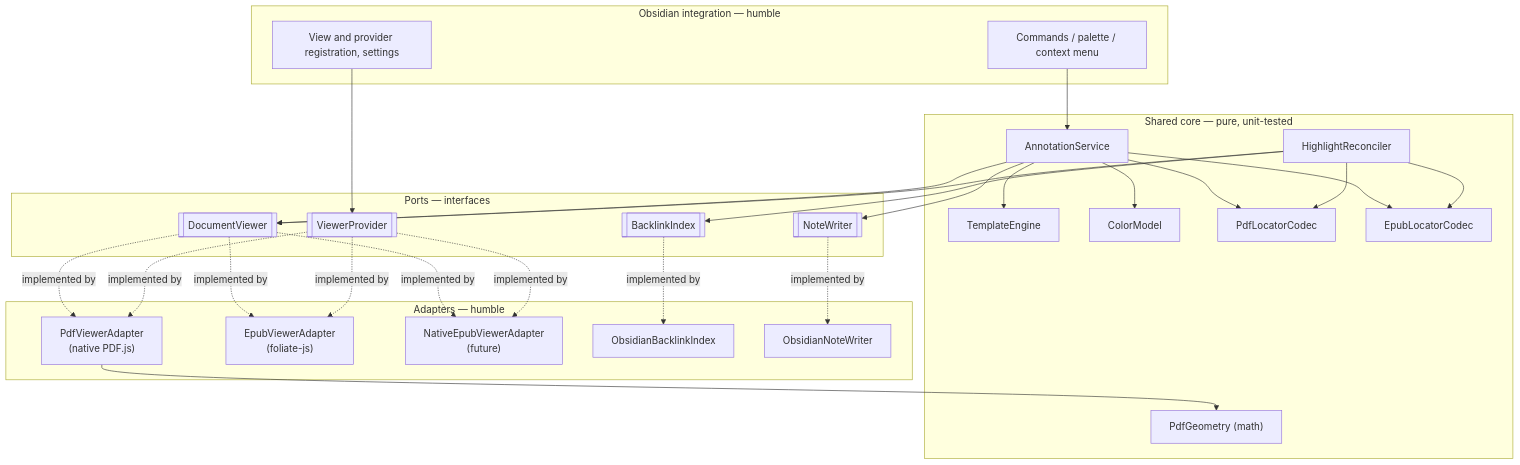
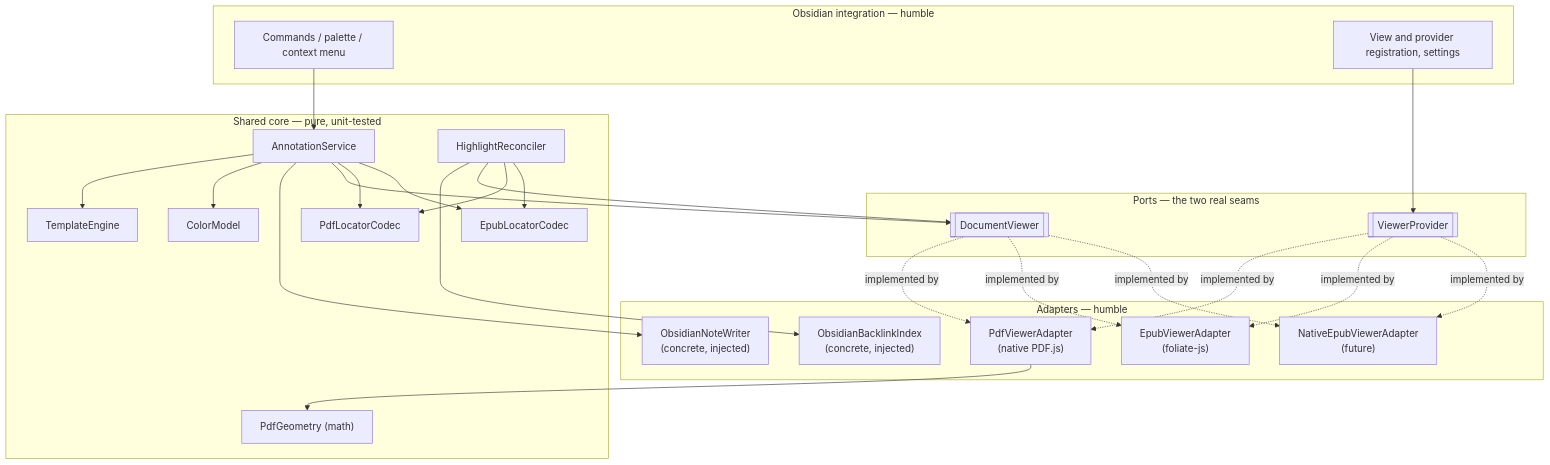
The first of 3 diagrams in docs/design.md (tkuramot/obsidian-maki), drawn with Mermaid before and after one commit. The commit also changed other lines of this file and 1 other file, not shown here.

First line of the commit message:
Clarify ports vs injected concretes in architecture docs

````diff
--- a/docs/design.md
+++ b/docs/design.md
@@ -26,45 +26,41 @@
 ```mermaid
 flowchart TB
   subgraph OBS["Obsidian integration — humble"]
     cmd["Commands / palette / context menu"]
     reg["View and provider registration, settings"]
   end
 
   subgraph CORE["Shared core — pure, unit-tested"]
     ann["AnnotationService"]
     rec["HighlightReconciler"]
     tmpl["TemplateEngine"]
     color["ColorModel"]
     pcodec["PdfLocatorCodec"]
     ecodec["EpubLocatorCodec"]
     geom["PdfGeometry (math)"]
   end
 
-  subgraph PORTS["Ports — interfaces"]
+  subgraph PORTS["Ports — the two real seams"]
     dv[["DocumentViewer"]]
     vp[["ViewerProvider"]]
-    bi[["BacklinkIndex"]]
-    nw[["NoteWriter"]]
   end
 
   subgraph ADP["Adapters — humble"]
     pdf["PdfViewerAdapter<br/>(native PDF.js)"]
     epub["EpubViewerAdapter<br/>(foliate-js)"]
     nepub["NativeEpubViewerAdapter<br/>(future)"]
-    obi["ObsidianBacklinkIndex"]
-    onw["ObsidianNoteWriter"]
+    obi["ObsidianBacklinkIndex<br/>(concrete, injected)"]
+    onw["ObsidianNoteWriter<br/>(concrete, injected)"]
   end
 
   cmd --> ann
   reg --> vp
-  ann --> tmpl & color & nw & dv
+  ann --> tmpl & color & onw & dv
   ann --> pcodec & ecodec
-  rec --> bi & dv
+  rec --> obi & dv
   rec --> pcodec & ecodec
   pdf --> geom
 
   dv -. implemented by .-> pdf & epub & nepub
   vp -. implemented by .-> pdf & epub & nepub
-  bi -. implemented by .-> obi
-  nw -. implemented by .-> onw
 ```
````
